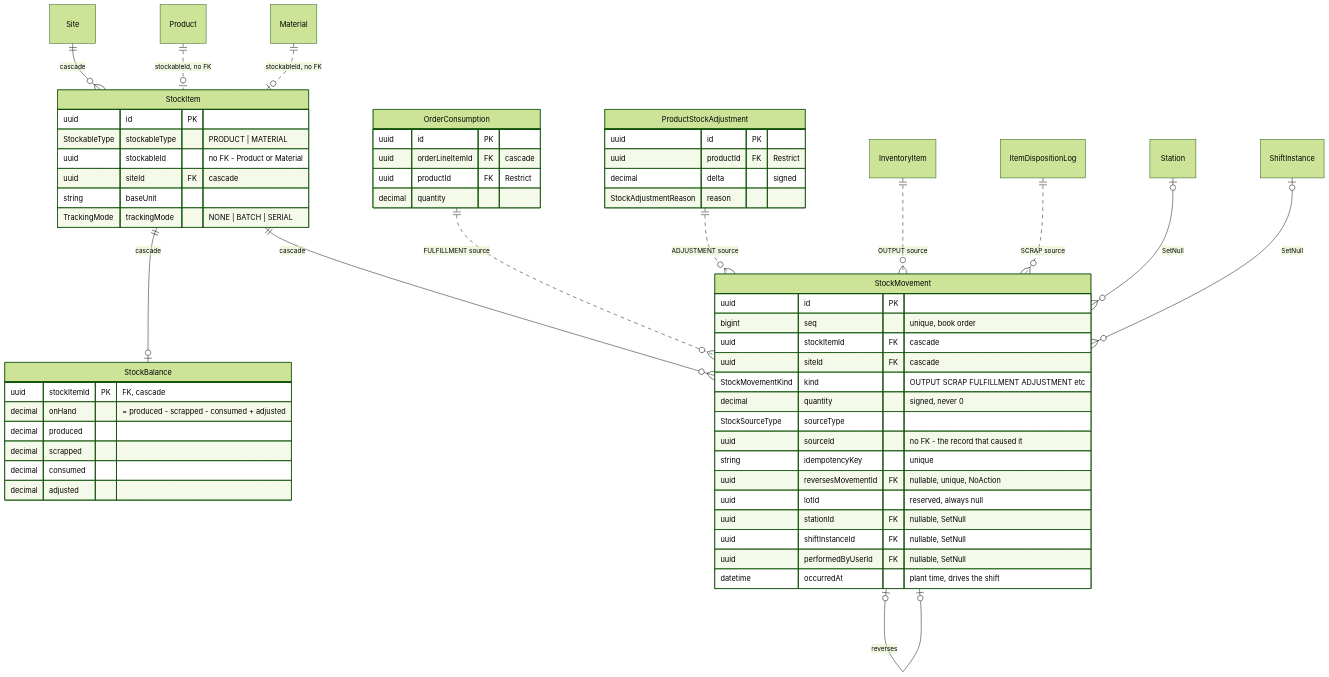
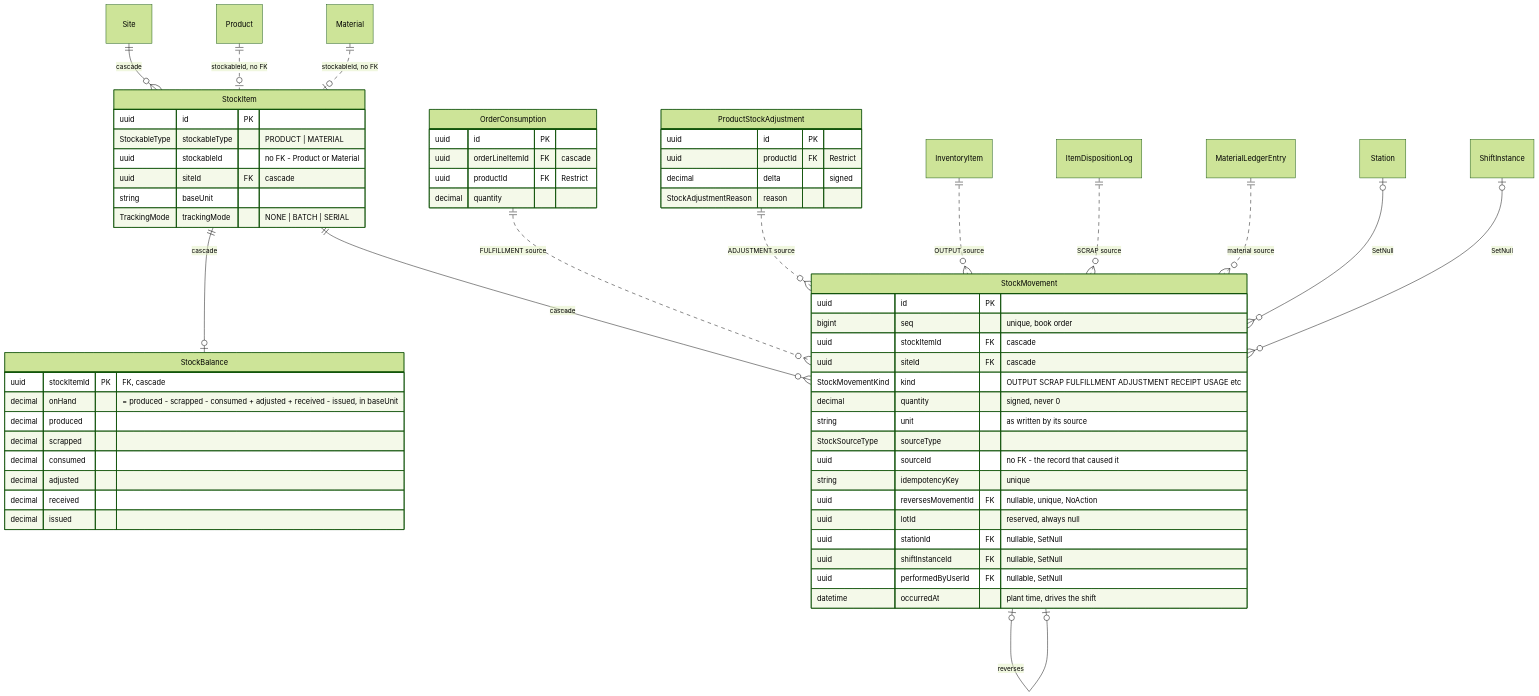
Before and after one commit to rockwarehq/rw-server: the tenth of 18 diagrams in docs/architecture/erd.md, drawn with Mermaid (forest theme). The commit also changed other lines of this file and 3 other files, not shown here.

````diff
--- a/docs/architecture/erd.md
+++ b/docs/architecture/erd.md
@@ -601,61 +603,65 @@
 ```mermaid
 erDiagram
   StockItem {
     uuid id PK
     StockableType stockableType "PRODUCT | MATERIAL"
     uuid stockableId "no FK - Product or Material"
     uuid siteId FK "cascade"
     string baseUnit
     TrackingMode trackingMode "NONE | BATCH | SERIAL"
   }
   StockMovement {
     uuid id PK
     bigint seq "unique, book order"
     uuid stockItemId FK "cascade"
     uuid siteId FK "cascade"
-    StockMovementKind kind "OUTPUT SCRAP FULFILLMENT ADJUSTMENT etc"
+    StockMovementKind kind "OUTPUT SCRAP FULFILLMENT ADJUSTMENT RECEIPT USAGE etc"
     decimal quantity "signed, never 0"
+    string unit "as written by its source"
     StockSourceType sourceType
     uuid sourceId "no FK - the record that caused it"
     string idempotencyKey "unique"
     uuid reversesMovementId FK "nullable, unique, NoAction"
     uuid lotId "reserved, always null"
     uuid stationId FK "nullable, SetNull"
     uuid shiftInstanceId FK "nullable, SetNull"
     uuid performedByUserId FK "nullable, SetNull"
     datetime occurredAt "plant time, drives the shift"
   }
   StockBalance {
     uuid stockItemId PK "FK, cascade"
-    decimal onHand "= produced - scrapped - consumed + adjusted"
+    decimal onHand "= produced - scrapped - consumed + adjusted + received - issued, in baseUnit"
     decimal produced
     decimal scrapped
     decimal consumed
     decimal adjusted
+    decimal received
+    decimal issued
   }
   OrderConsumption {
     uuid id PK
     uuid orderLineItemId FK "cascade"
     uuid productId FK "Restrict"
     decimal quantity
   }
   ProductStockAdjustment {
     uuid id PK
     uuid productId FK "Restrict"
     decimal delta "signed"
     StockAdjustmentReason reason
   }
 
   Site ||--o{ StockItem : "cascade"
   Product ||..o| StockItem : "stockableId, no FK"
   Material ||..o| StockItem : "stockableId, no FK"
   StockItem ||--o| StockBalance : "cascade"
   StockItem ||--o{ StockMovement : "cascade"
   StockMovement |o--o| StockMovement : "reverses"
   InventoryItem ||..o{ StockMovement : "OUTPUT source"
   ItemDispositionLog ||..o{ StockMovement : "SCRAP source"
   OrderConsumption ||..o{ StockMovement : "FULFILLMENT source"
   ProductStockAdjustment ||..o{ StockMovement : "ADJUSTMENT source"
+  MaterialLedgerEntry ||..o{ StockMovement : "material source"
   Station |o--o{ StockMovement : "SetNull"
   ShiftInstance |o--o{ StockMovement : "SetNull"
 ```
````
